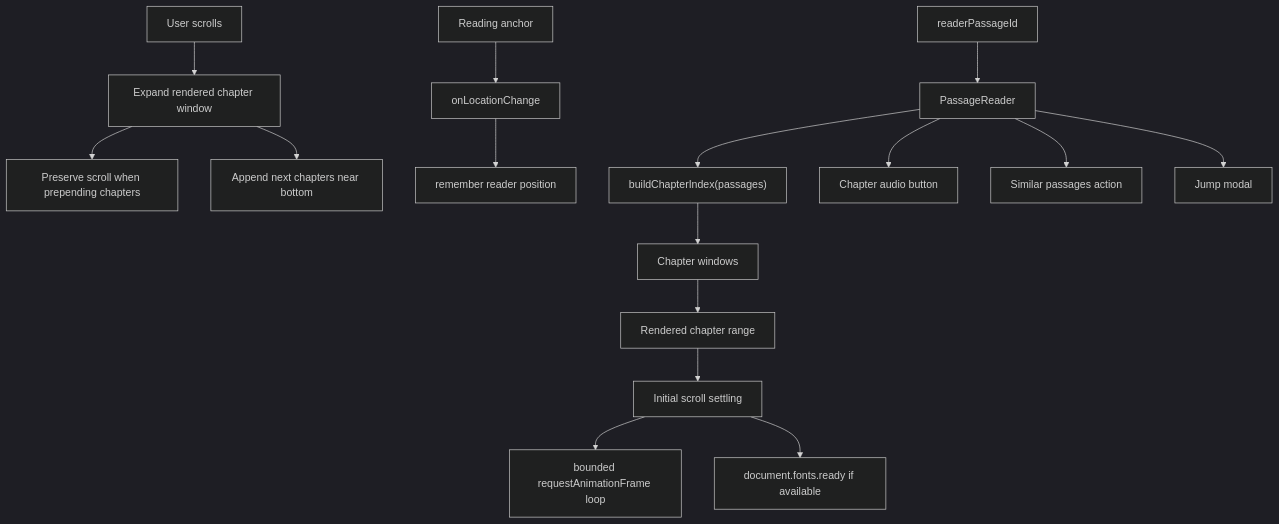
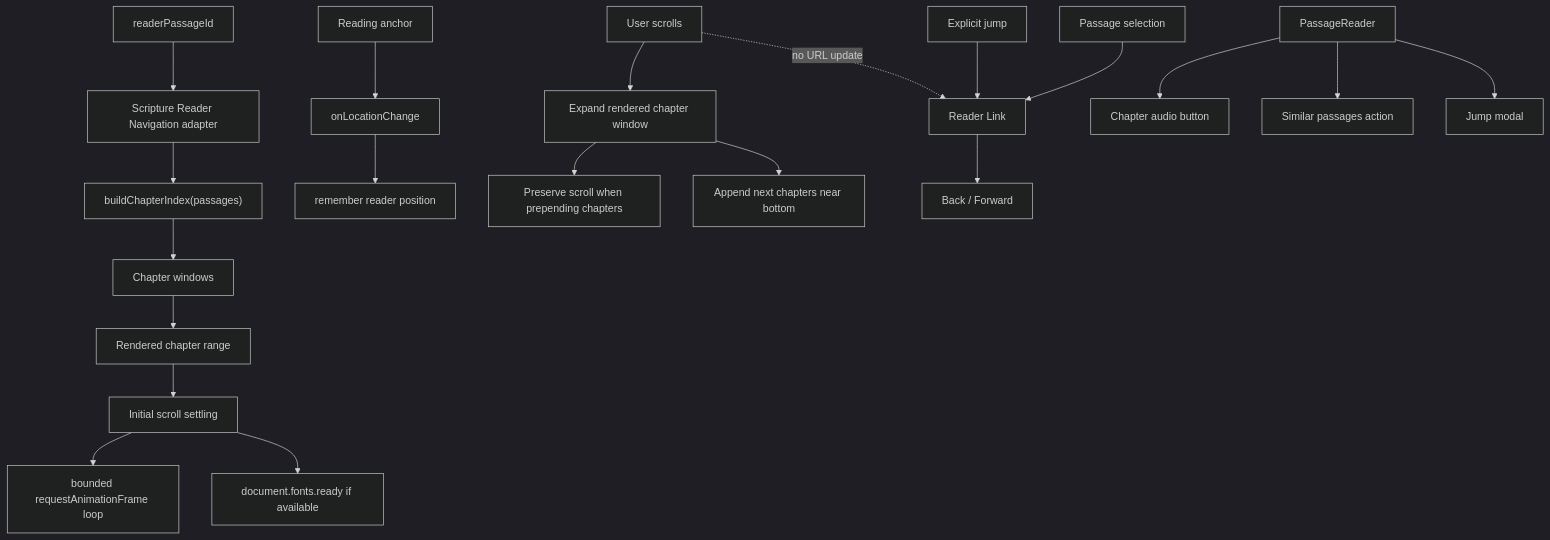
The fourth of 5 diagrams in docs/architecture.md (jacksonStone/cross-cannon), drawn with Mermaid (dark theme) before and after one commit. The commit also changed other lines of this file and 21 other files, not shown here.

Commit message:
Deepen reader navigation and search dialog modules

````diff
--- a/docs/architecture.md
+++ b/docs/architecture.md
@@ -133,22 +135,27 @@
 ```mermaid
 flowchart TD
-  InitialPassage[readerPassageId] --> PassageReader
-  PassageReader --> ChapterIndex["buildChapterIndex(passages)"]
+  InitialPassage[readerPassageId] --> ScriptureNavigation[Scripture Reader Navigation adapter]
+  ScriptureNavigation --> ChapterIndex["buildChapterIndex(passages)"]
   ChapterIndex --> Chapters[Chapter windows]
   Chapters --> RenderedRange[Rendered chapter range]
 
   RenderedRange --> InitialScroll[Initial scroll settling]
   InitialScroll --> RAF[bounded requestAnimationFrame loop]
   InitialScroll --> Fonts[document.fonts.ready if available]
 
   UserScroll[User scrolls] --> ExpandWindow[Expand rendered chapter window]
   ExpandWindow --> Prepend[Preserve scroll when prepending chapters]
   ExpandWindow --> Append[Append next chapters near bottom]
 
   UserPosition[Reading anchor] --> LocationReport[onLocationChange]
   LocationReport --> LocalStorage[remember reader position]
 
+  ExplicitJump[Explicit jump] --> ReaderLink[Reader Link]
+  ReaderLink --> BrowserHistory[Back / Forward]
+  PassageSelection[Passage selection] --> ReaderLink
+  UserScroll -. no URL update .-> ReaderLink
+
   PassageReader --> Audio[Chapter audio button]
   PassageReader --> PassageActions[Similar passages action]
   PassageReader --> PassageJump[Jump modal]
 ```
````
